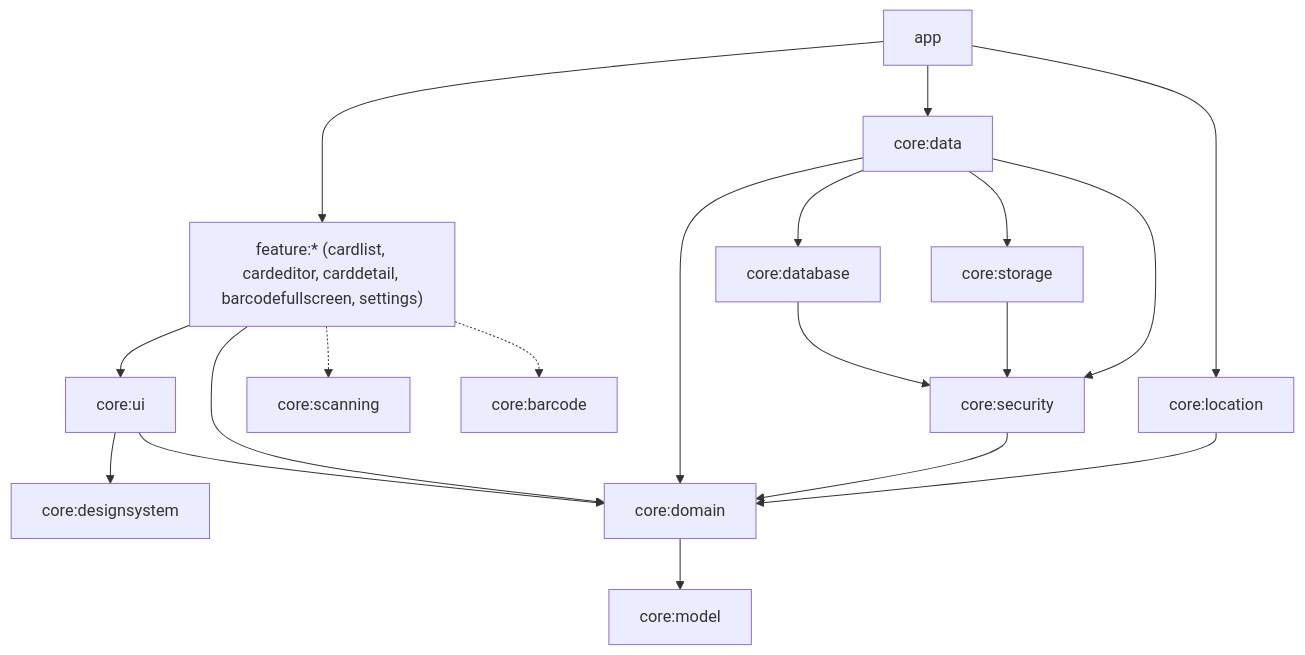
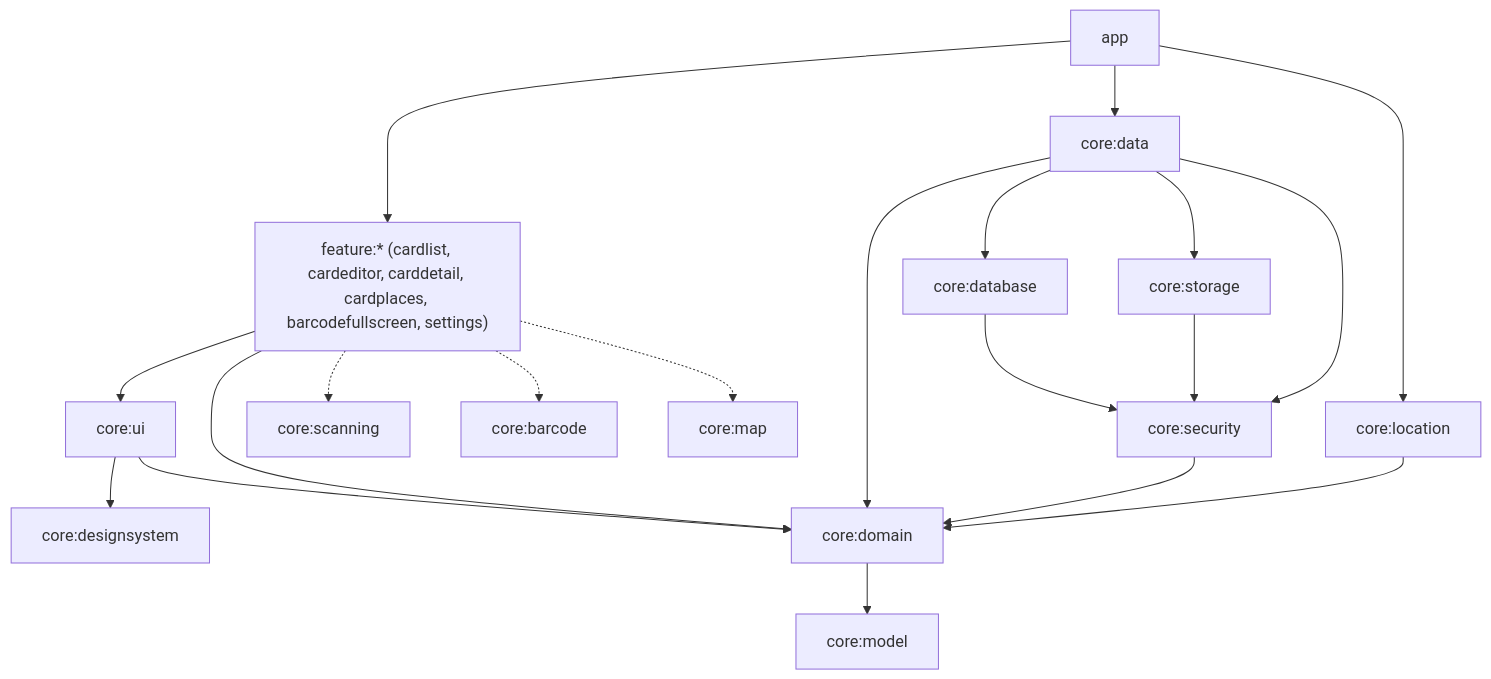
Before and after one commit to danyk20/cardholder: the diagram in docs/ARCHITECTURE.md, drawn with Mermaid. The commit also changed 7 other files, not shown here.

````diff
--- a/docs/ARCHITECTURE.md
+++ b/docs/ARCHITECTURE.md
@@ -9,21 +9,22 @@
 ```mermaid
 graph TD
     app --> feature
-    feature["feature:* (cardlist, cardeditor, carddetail, barcodefullscreen, settings)"] --> ui[core:ui]
+    feature["feature:* (cardlist, cardeditor, carddetail, cardplaces, barcodefullscreen, settings)"] --> ui[core:ui]
     feature --> domain[core:domain]
     ui --> designsystem[core:designsystem]
     ui --> domain
     domain --> model[core:model]
     app --> data[core:data]
     data --> domain
     data --> database[core:database]
     data --> storage[core:storage]
     data --> security[core:security]
     app --> location[core:location]
     location --> domain
     storage --> security
     database --> security
     security --> domain
     feature -.-> scanning[core:scanning]
     feature -.-> barcode[core:barcode]
+    feature -.-> map[core:map]
 ```
````
